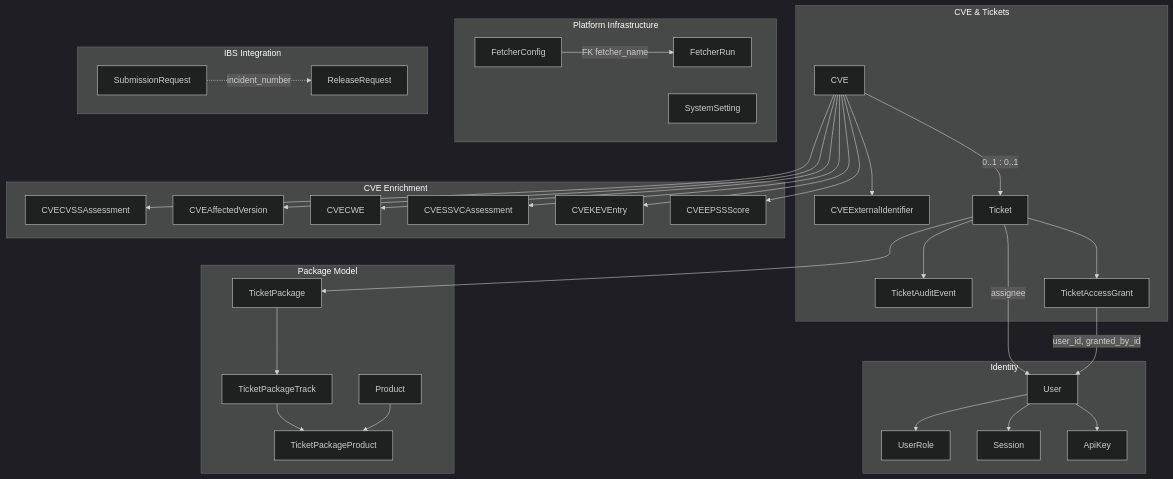
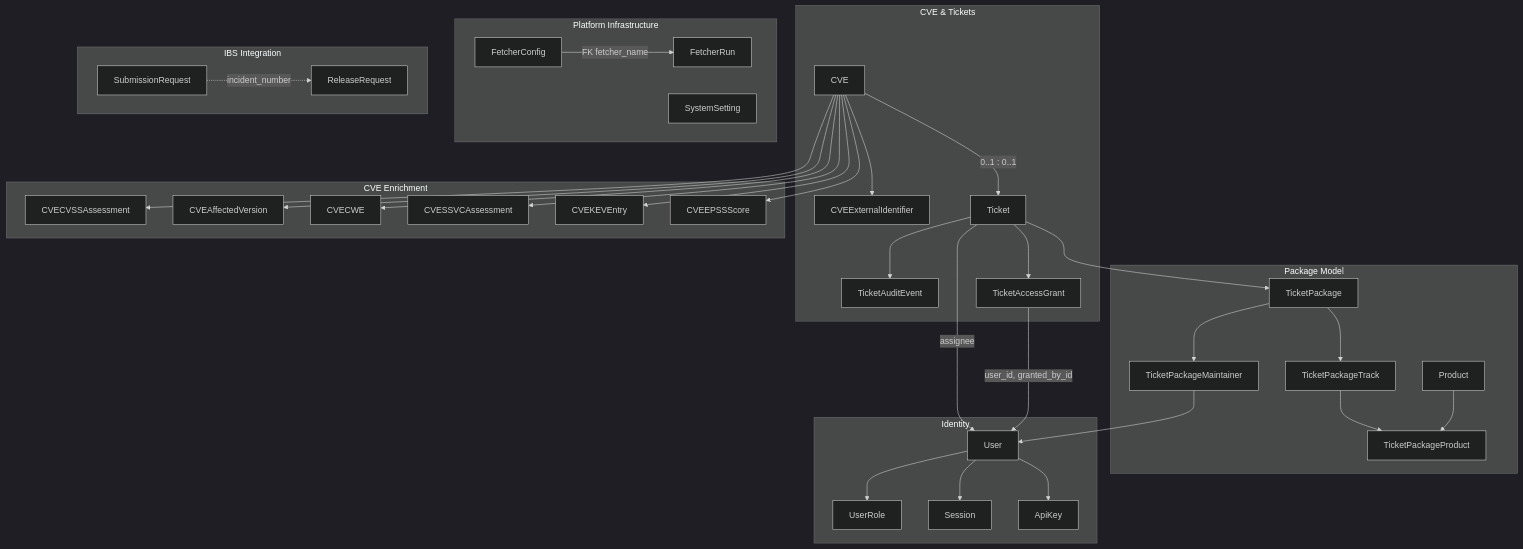
One commit to StayPirate/STAMP changed the first of 6 diagrams in docs/data-model.md. Above: the diagram before and after it, drawn with Mermaid (dark theme). The commit also changed other lines of this file and 20 other files, not shown here.

````diff
--- a/docs/data-model.md
+++ b/docs/data-model.md
@@ -38,66 +38,69 @@
 ```mermaid
 flowchart TB
     subgraph cve_tickets["CVE & Tickets"]
         CVE
         CVEExternalIdentifier
         Ticket
         TicketAuditEvent
         TicketAccessGrant
     end
 
     subgraph cve_enrichment["CVE Enrichment"]
         CVECVSSAssessment
         CVEAffectedVersion
         CVECWE
         CVESSVCAssessment
         CVEKEVEntry
         CVEEPSSScore
     end
 
     subgraph packages["Package Model"]
         TicketPackage
+        TicketPackageMaintainer
         TicketPackageTrack
         TicketPackageProduct
         Product
     end
 
     subgraph identity["Identity"]
         User
         UserRole
         Session
         ApiKey
     end
 
     subgraph platform["Platform Infrastructure"]
         FetcherConfig
         FetcherRun
         SystemSetting
     end
 
     subgraph ibs["IBS Integration"]
         SubmissionRequest
         ReleaseRequest
     end
 
     CVE --> CVEExternalIdentifier
     CVE --> CVECVSSAssessment
     CVE --> CVEAffectedVersion
     CVE --> CVECWE
     CVE --> CVESSVCAssessment
     CVE --> CVEKEVEntry
     CVE --> CVEEPSSScore
     CVE -->|"0..1 : 0..1"| Ticket
     Ticket --> TicketAuditEvent
     Ticket --> TicketAccessGrant
     Ticket --> TicketPackage
     Ticket -->|"assignee"| User
     TicketAccessGrant -->|"user_id, granted_by_id"| User
     TicketPackage --> TicketPackageTrack
+    TicketPackage --> TicketPackageMaintainer
+    TicketPackageMaintainer --> User
     TicketPackageTrack --> TicketPackageProduct
     Product --> TicketPackageProduct
     User --> UserRole
     User --> Session
     User --> ApiKey
     FetcherConfig -->|"FK fetcher_name"| FetcherRun
     SubmissionRequest -.->|"incident_number"| ReleaseRequest
 ```
````
